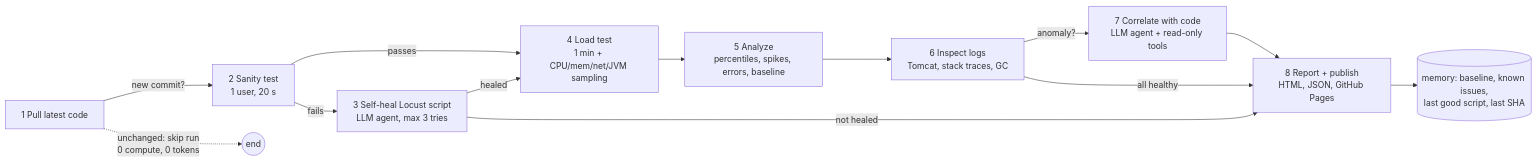
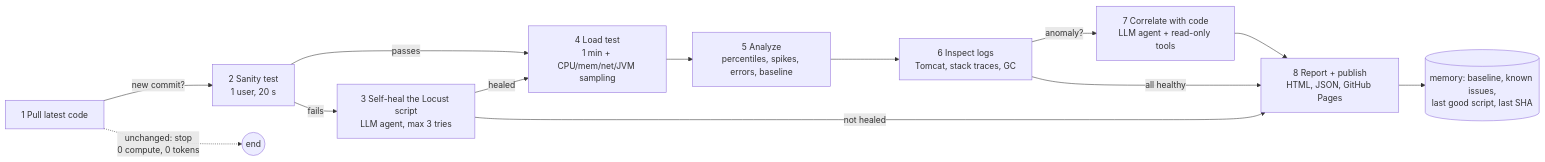
The diagram in README.md (Abhisheksinghpawar/perf-agent-lab), drawn with Mermaid before and after one commit. The commit also changed other lines of this file and 13 other files, not shown here.

````diff
--- a/README.md
+++ b/README.md
@@ -7,15 +45,15 @@
 ```mermaid
 flowchart LR
     A[1 Pull latest code] -->|new commit?| B[2 Sanity test<br/>1 user, 20 s]
-    A -.->|unchanged: skip run<br/>0 compute, 0 tokens| Z((end))
+    A -.->|unchanged: stop<br/>0 compute, 0 tokens| Z((end))
     B -->|passes| D[4 Load test<br/>1 min + CPU/mem/net/JVM sampling]
-    B -->|fails| C[3 Self-heal Locust script<br/>LLM agent, max 3 tries]
+    B -->|fails| C[3 Self-heal the Locust script<br/>LLM agent, max 3 tries]
     C -->|healed| D
     C -->|not healed| R
     D --> E[5 Analyze<br/>percentiles, spikes, errors, baseline]
     E --> F[6 Inspect logs<br/>Tomcat, stack traces, GC]
     F -->|anomaly?| G[7 Correlate with code<br/>LLM agent + read-only tools]
     F -->|all healthy| R
     G --> R[8 Report + publish<br/>HTML, JSON, GitHub Pages]
     R --> M[(memory: baseline, known issues,<br/>last good script, last SHA)]
 ```
````
